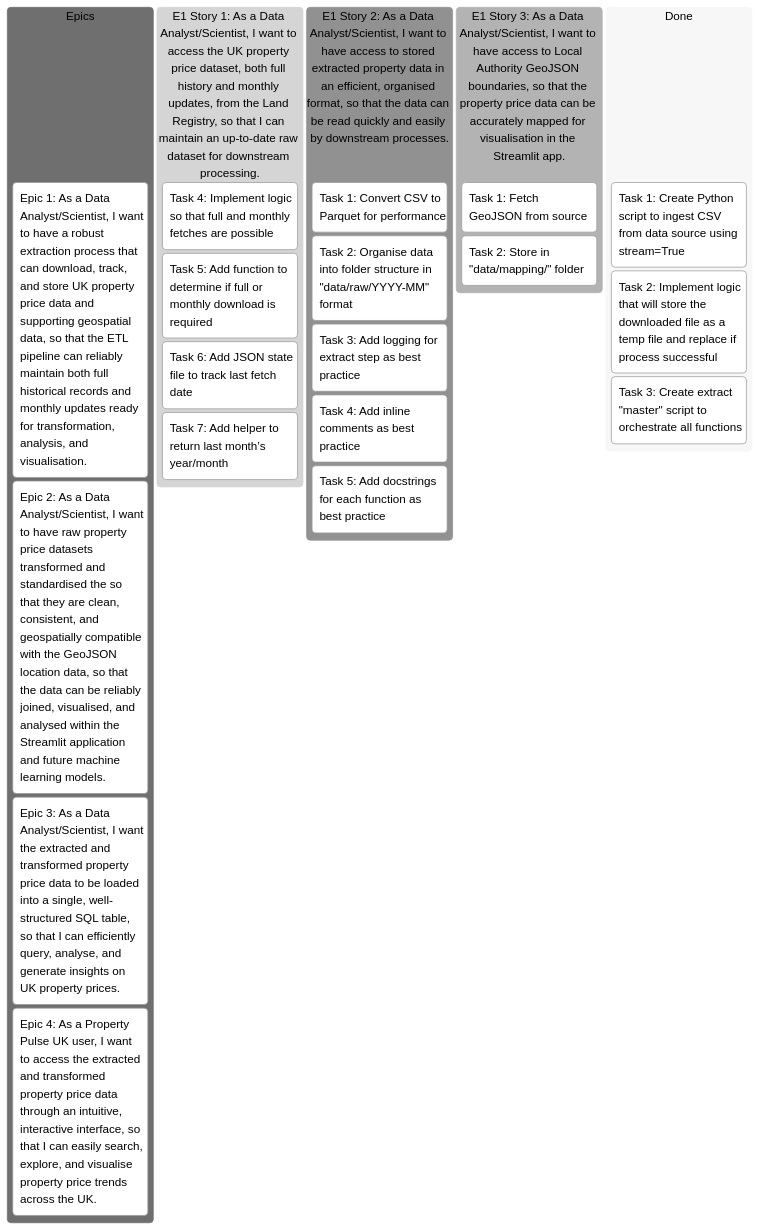
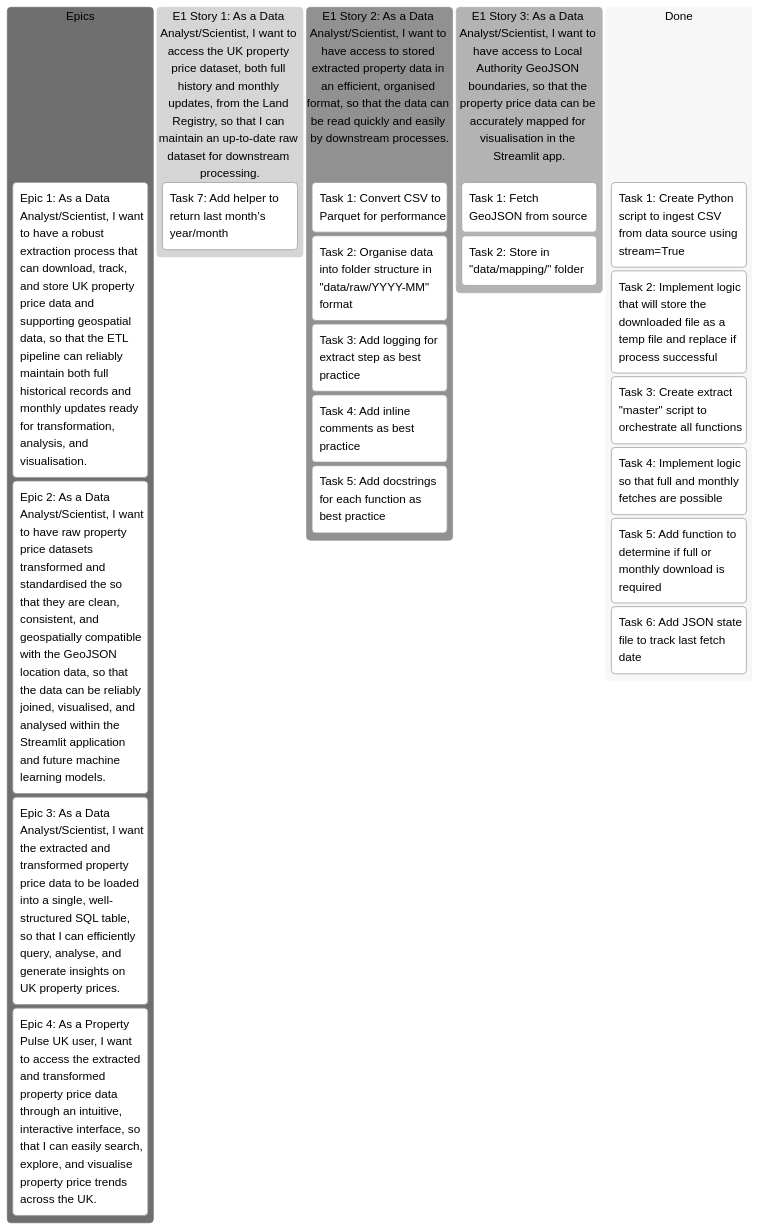
The first of 2 diagrams in README.md (pavlekovic/property-pulse-uk), drawn with Mermaid (neutral theme) before and after one commit. The commit also changed other lines of this file and 4 other files, not shown here.

````diff
--- a/README.md
+++ b/README.md
@@ -179,34 +179,34 @@
 ```mermaid
 kanban
     Epics
         (Epic 1: As a Data Analyst/Scientist, I want to have a robust extraction process that can download, track, and store UK property price data and supporting geospatial data, so that the ETL pipeline can reliably maintain both full historical records and monthly updates ready for transformation, analysis, and visualisation.)
 
         (Epic 2: As a Data Analyst/Scientist, I want to have raw property price datasets transformed and standardised the so that they are clean, consistent, and geospatially compatible with the GeoJSON location data, so that the data can be reliably joined, visualised, and analysed within the Streamlit application and future machine learning models.)
 
         (Epic 3: As a Data Analyst/Scientist, I want the extracted and transformed property price data to be loaded into a single, well-structured SQL table, so that I can efficiently query, analyse, and generate insights on UK property prices.)
 
         (Epic 4: As a Property Pulse UK user, I want to access the extracted and transformed property price data through an intuitive, interactive interface, so that I can easily search, explore, and visualise property price trends across the UK.)
 
     (E1 Story 1: As a Data Analyst/Scientist, I want to access the UK property price dataset, both full history and monthly updates, from the Land Registry, so that I can maintain an up-to-date raw dataset for downstream processing.)
-        Task 4: Implement logic so that full and monthly fetches are possible
-        Task 5: Add function to determine if full or monthly download is required
-        Task 6: Add JSON state file to track last fetch date
         Task 7: Add helper to return last month’s year/month
         
 
     (E1 Story 2: As a Data Analyst/Scientist, I want to have access to stored extracted property data in an efficient, organised format, so that the data can be read quickly and easily by downstream processes.)
         Task 1: Convert CSV to Parquet for performance
         Task 2: Organise data into folder structure in "data/raw/YYYY-MM" format
         Task 3: Add logging for extract step as best practice
         Task 4: Add inline comments as best practice
         Task 5: Add docstrings for each function as best practice
 
     (E1 Story 3: As a Data Analyst/Scientist, I want to have access to Local Authority GeoJSON boundaries, so that the property price data can be accurately mapped for visualisation in the Streamlit app.)
         Task 1: Fetch GeoJSON from source
         Task 2: Store in "data/mapping/" folder
 
     Done
         Task 1: Create Python script to ingest CSV from data source using stream=True
         Task 2: Implement logic that will store the downloaded file as a temp file and replace if process successful
         Task 3: Create extract "master" script to orchestrate all functions
+        Task 4: Implement logic so that full and monthly fetches are possible
+        Task 5: Add function to determine if full or monthly download is required
+        Task 6: Add JSON state file to track last fetch date
 ```
````
